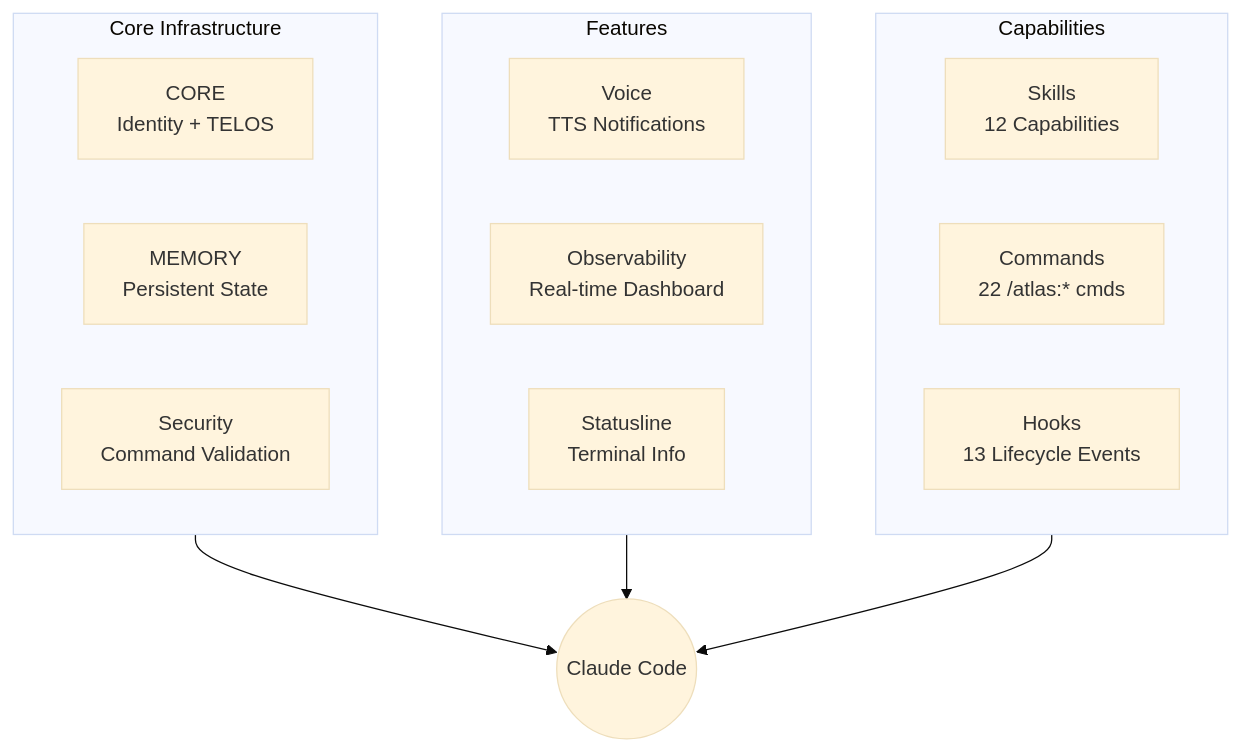
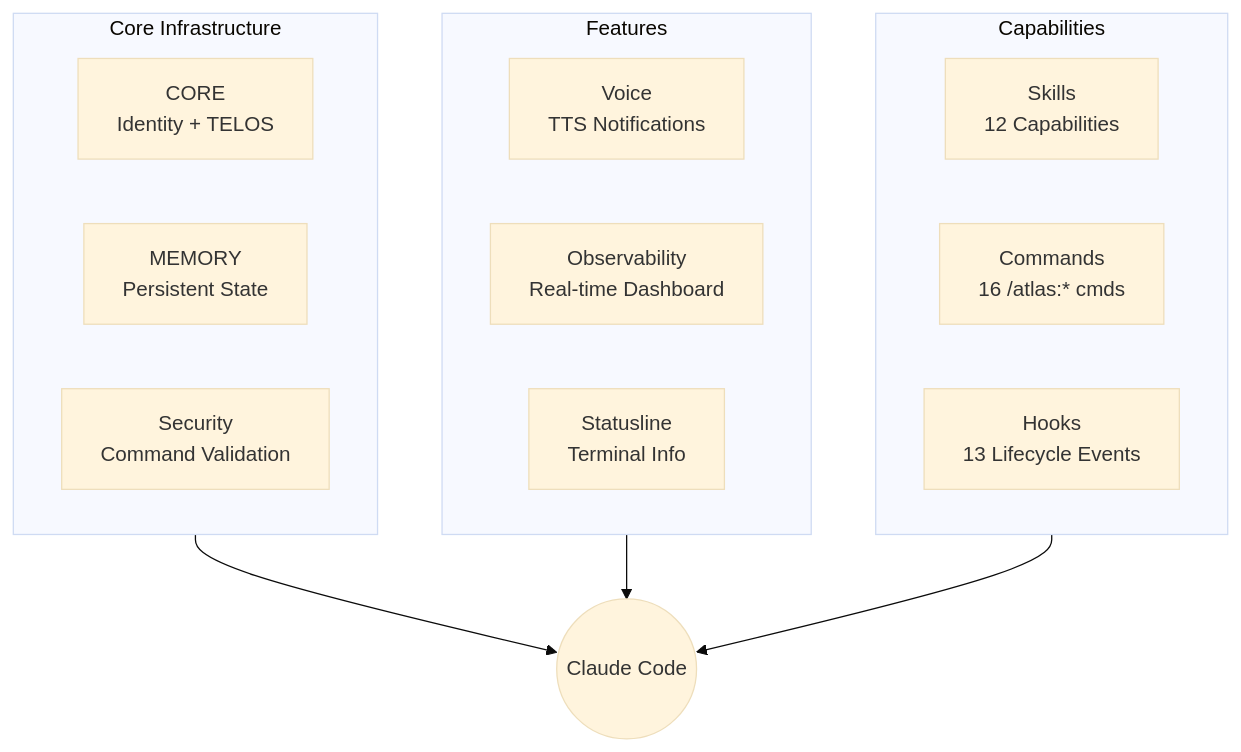
One commit to edheltzel/atlas changed the first of 5 diagrams in README.md. Above: the diagram before and after it, drawn with Mermaid (base theme). The commit also changed other lines of this file and 10 other files, not shown here.

````diff
--- a/README.md
+++ b/README.md
@@ -21,26 +21,26 @@
 ```mermaid
 flowchart TB
     subgraph Core["Core Infrastructure"]
         CORE[CORE<br/>Identity + TELOS]
         MEMORY[MEMORY<br/>Persistent State]
         SECURITY[Security<br/>Command Validation]
     end
 
     subgraph Features["Features"]
         VOICE[Voice<br/>TTS Notifications]
         OBS[Observability<br/>Real-time Dashboard]
         STATUS[Statusline<br/>Terminal Info]
     end
 
     subgraph Capabilities["Capabilities"]
         SKILLS[Skills<br/>12 Capabilities]
-        CMDS[Commands<br/>22 /atlas:* cmds]
+        CMDS[Commands<br/>16 /atlas:* cmds]
         HOOKS[Hooks<br/>13 Lifecycle Events]
     end
 
     CLAUDE((Claude Code))
 
     Core --> CLAUDE
     Features --> CLAUDE
     Capabilities --> CLAUDE
 ```
````
